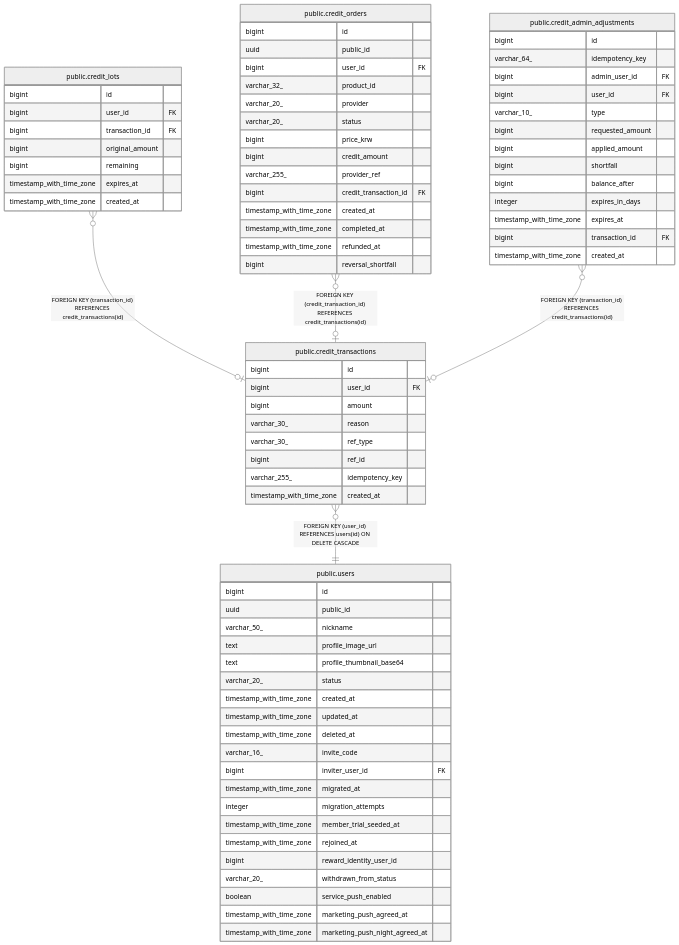
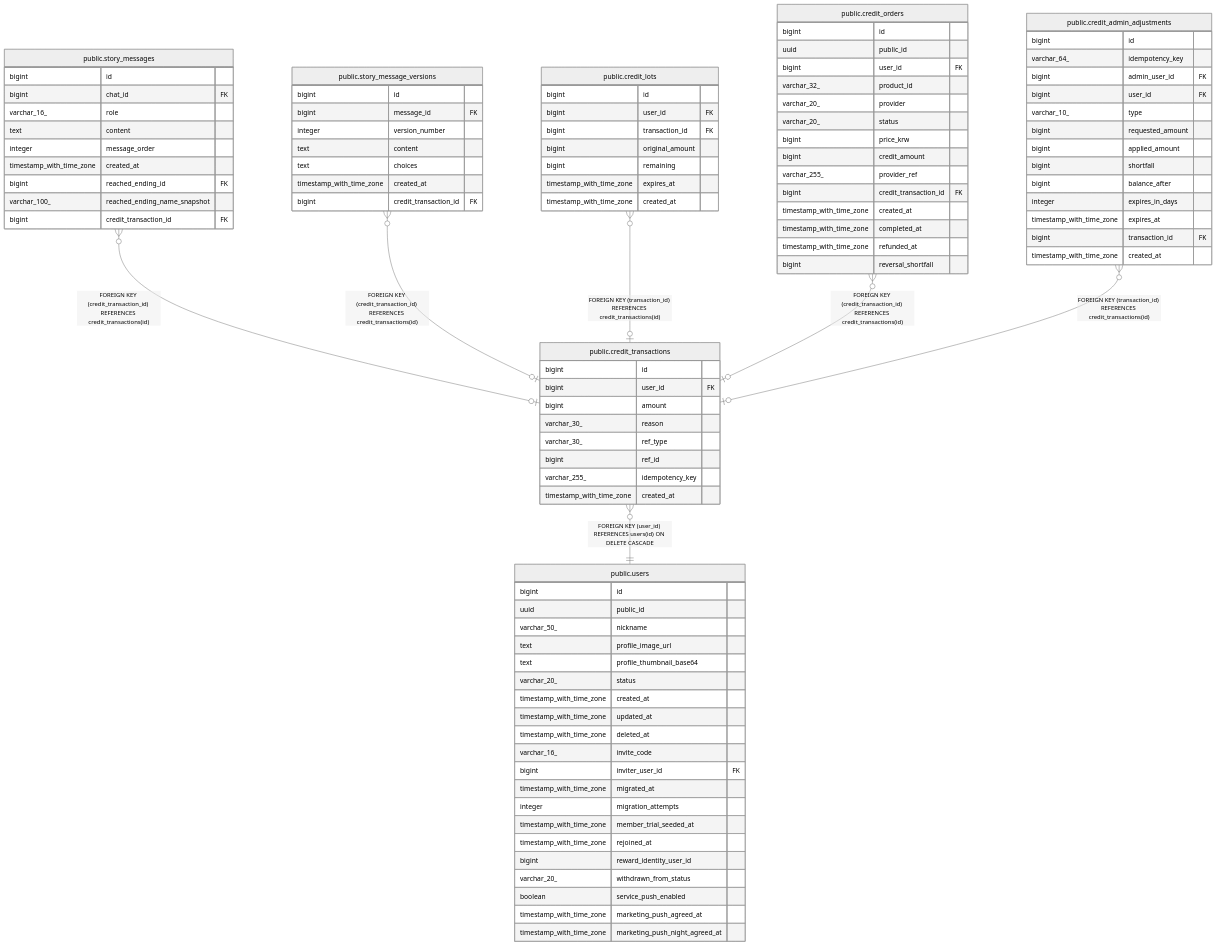
One commit to KIM-N-KANG/manyak-server changed the diagram in dbdoc/public.credit_transactions.md. Above: the diagram before and after it, drawn with Mermaid (neutral theme). The commit also changed other lines of this file and 70 other files, not shown here.

````diff
--- a/dbdoc/public.credit_transactions.md
+++ b/dbdoc/public.credit_transactions.md
@@ -40,6 +41,8 @@
 ```mermaid
 erDiagram
 
+"public.story_messages" }o--o| "public.credit_transactions" : "FOREIGN KEY (credit_transaction_id) REFERENCES credit_transactions(id)"
+"public.story_message_versions" }o--o| "public.credit_transactions" : "FOREIGN KEY (credit_transaction_id) REFERENCES credit_transactions(id)"
 "public.credit_lots" }o--o| "public.credit_transactions" : "FOREIGN KEY (transaction_id) REFERENCES credit_transactions(id)"
 "public.credit_orders" }o--o| "public.credit_transactions" : "FOREIGN KEY (credit_transaction_id) REFERENCES credit_transactions(id)"
 "public.credit_admin_adjustments" }o--o| "public.credit_transactions" : "FOREIGN KEY (transaction_id) REFERENCES credit_transactions(id)"
@@ -54,6 +57,26 @@
   bigint ref_id
   varchar_255_ idempotency_key
   timestamp_with_time_zone created_at
+}
+"public.story_messages" {
+  bigint id
+  bigint chat_id FK
+  varchar_16_ role
+  text content
+  integer message_order
+  timestamp_with_time_zone created_at
+  bigint reached_ending_id FK
+  varchar_100_ reached_ending_name_snapshot
+  bigint credit_transaction_id FK
+}
+"public.story_message_versions" {
+  bigint id
+  bigint message_id FK
+  integer version_number
+  text content
+  text choices
+  timestamp_with_time_zone created_at
+  bigint credit_transaction_id FK
 }
 "public.credit_lots" {
   bigint id
````
